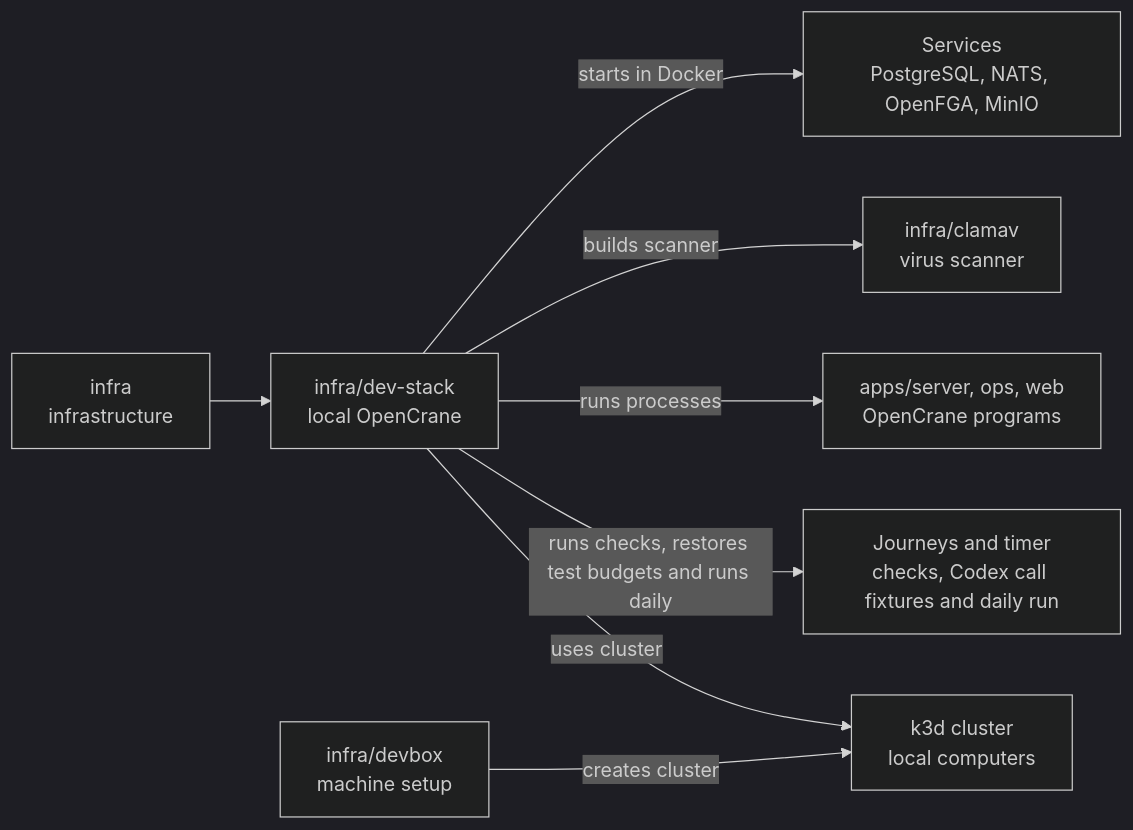
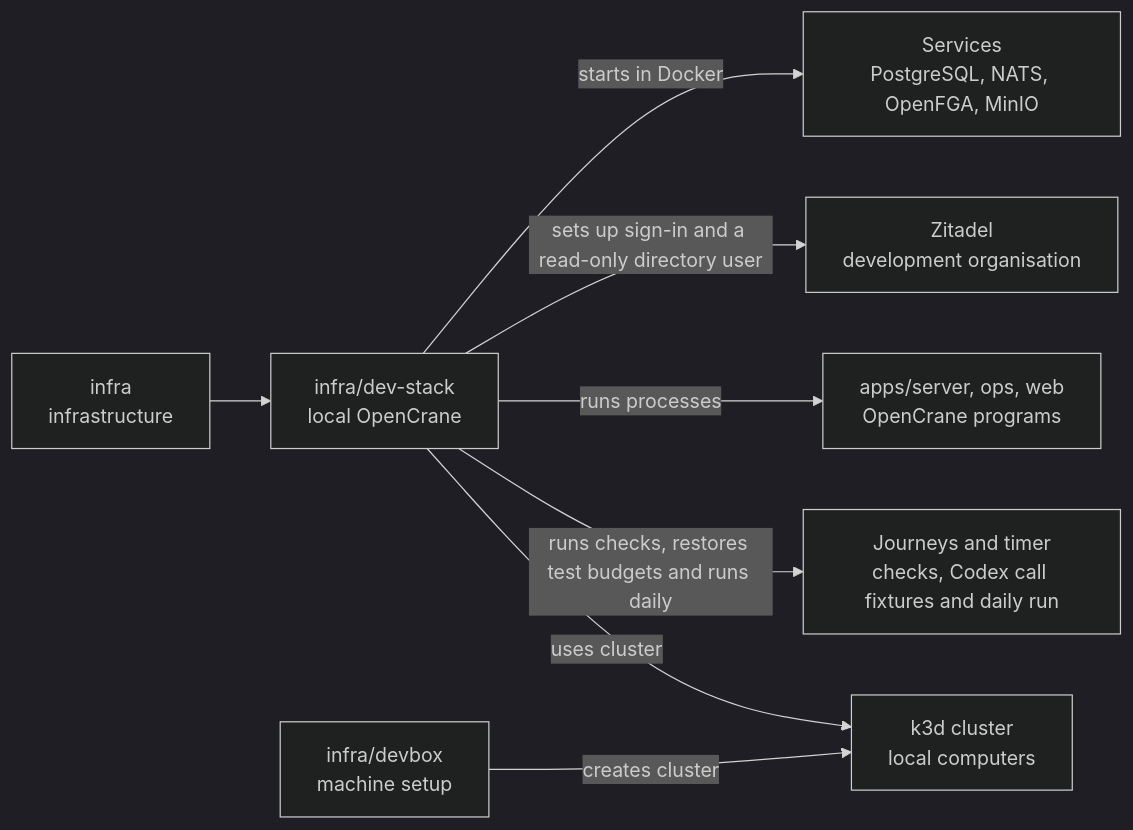
One commit to elewa-git/opencrane-new changed the diagram in infra/dev-stack/README.md. Above: the diagram before and after it, drawn with Mermaid (dark theme). The commit also changed other lines of this file and 20 other files, not shown here.

````diff
--- a/infra/dev-stack/README.md
+++ b/infra/dev-stack/README.md
@@ -15,10 +15,10 @@
 ```mermaid
 flowchart LR
   infra["infra<br/>infrastructure"] --> stack["infra/dev-stack<br/>local OpenCrane"]
   stack -->|starts in Docker| services["Services<br/>PostgreSQL, NATS, OpenFGA, MinIO"]
-  stack -->|builds scanner| clamav["infra/clamav<br/>virus scanner"]
+  stack -->|sets up sign-in and a read-only directory user| zitadel["Zitadel<br/>development organisation"]
   stack -->|runs processes| apps["apps/server, ops, web<br/>OpenCrane programs"]
   stack -->|runs checks, restores test budgets and runs daily| journeys["Journeys and timer<br/>checks, Codex call fixtures and daily run"]
   devbox["infra/devbox<br/>machine setup"] -->|creates cluster| cluster["k3d cluster<br/>local computers"]
   stack -->|uses cluster| cluster
 ```
````
